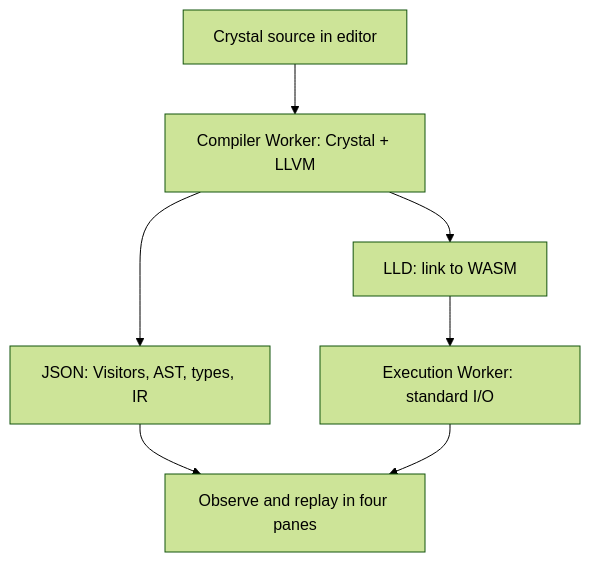
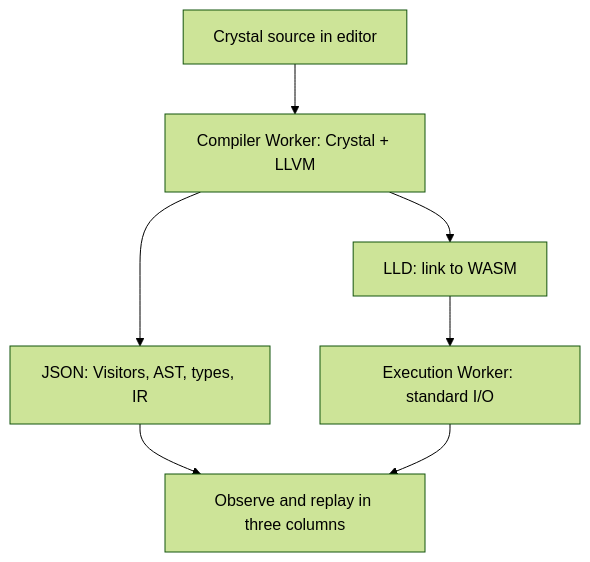
Before and after one commit to kojix2/crystal-observatory: the diagram in USER_GUIDE.md, drawn with Mermaid (forest theme). The commit also changed other lines of this file and 52 other files, not shown here.

````diff
--- a/USER_GUIDE.md
+++ b/USER_GUIDE.md
@@ -73,9 +108,9 @@
 ```mermaid
 flowchart TD
   A["Crystal source in editor"] --> B["Compiler Worker: Crystal + LLVM"]
   B --> C["JSON: Visitors, AST, types, IR"]
   B --> D["LLD: link to WASM"]
-  C --> E["Observe and replay in four panes"]
+  C --> E["Observe and replay in three columns"]
   D --> F["Execution Worker: standard I/O"]
   F --> E
 ```
````
